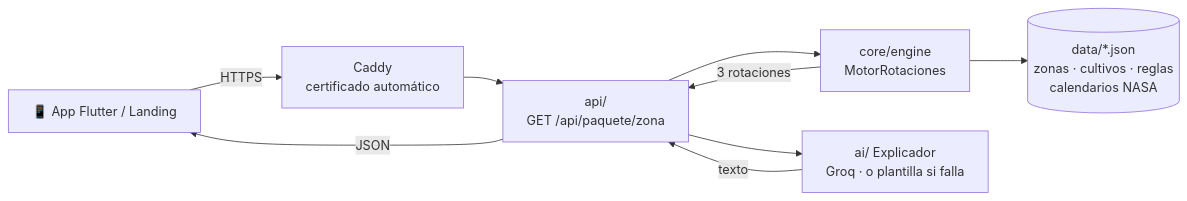
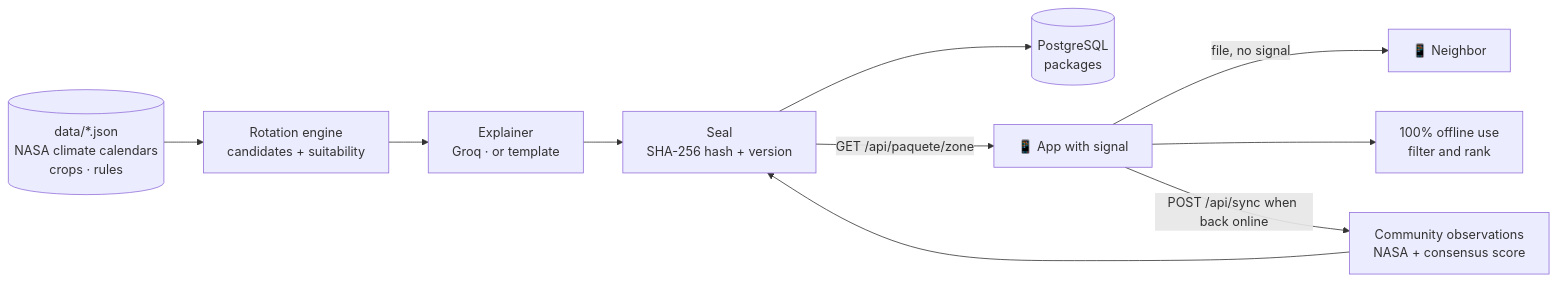
The first of 2 diagrams in README.md (redigb/xlr-muyuy), drawn with Mermaid before and after one commit. The commit also changed other lines of this file and 71 other files, not shown here.

````diff
--- a/README.md
+++ b/README.md
@@ -23,11 +26,12 @@
 ```mermaid
 flowchart LR
-    A[📱 App Flutter / Landing] -- HTTPS --> C[Caddy<br/>certificado automático]
-    C --> API[api/<br/>GET /api/paquete/zona]
-    API --> M[core/engine<br/>MotorRotaciones]
-    M --> D[(data/*.json<br/>zonas · cultivos · reglas<br/>calendarios NASA)]
-    API --> E[ai/ Explicador<br/>Groq · o plantilla si falla]
-    M -- 3 rotaciones --> API
-    E -- texto --> API
-    API -- JSON --> A
+    D[(data/*.json<br/>NASA climate calendars<br/>crops · rules)] --> M[Rotation engine<br/>candidates + suitability]
+    M --> E[Explainer<br/>Groq · or template]
+    E --> S[Seal<br/>SHA-256 hash + version]
+    S --> DB[(PostgreSQL<br/>packages)]
+    S -- GET /api/paquete/zone --> A[📱 App with signal]
+    A -- file, no signal --> B[📱 Neighbor]
+    A --> U[100% offline use<br/>filter and rank]
+    A -- POST /api/sync when back online --> C[Community observations<br/>NASA + consensus score]
+    C --> S
 ```
````
